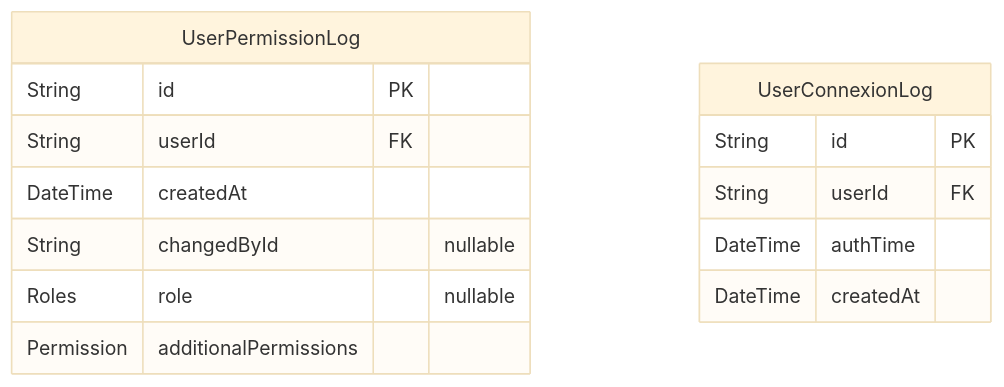
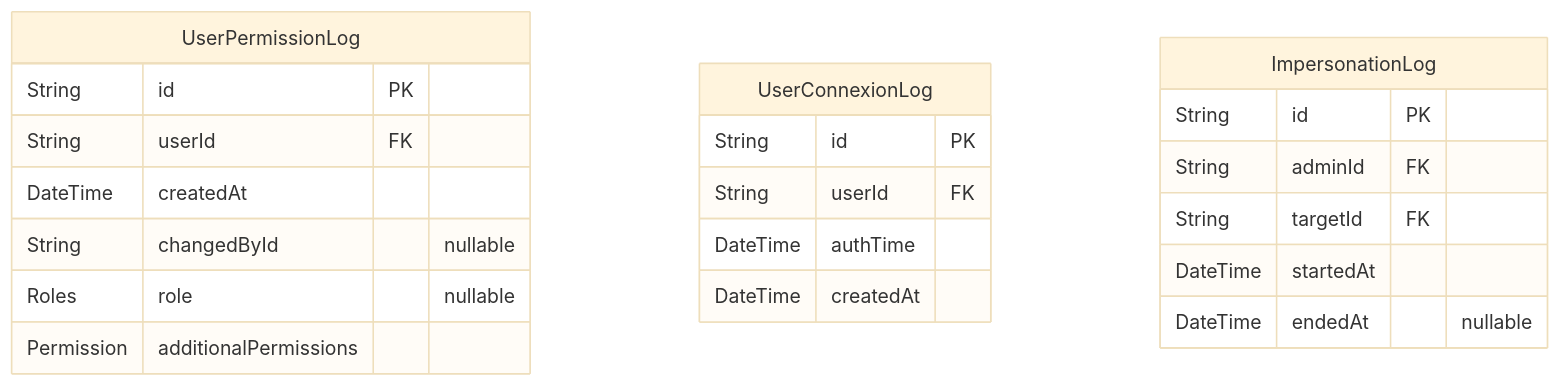
One commit to dnum-mi/referentiel-applications changed diagram 13 of 13 in backend/prisma/docs/schema.md. Above: the diagram before and after it, drawn with Mermaid (base theme). The commit also changed other lines of this file, not shown here.

Commit message:
feat: add MditCampaign and ImpersonationLog models to schema

````diff
--- a/backend/prisma/docs/schema.md
+++ b/backend/prisma/docs/schema.md
@@ -1003,17 +1003,24 @@
 ```mermaid
 erDiagram
 "UserPermissionLog" {
   String id PK
   String userId FK
   DateTime createdAt
   String changedById "nullable"
   Roles role "nullable"
   Permission additionalPermissions
 }
 "UserConnexionLog" {
   String id PK
   String userId FK
   DateTime authTime
   DateTime createdAt
 }
+"ImpersonationLog" {
+  String id PK
+  String adminId FK
+  String targetId FK
+  DateTime startedAt
+  DateTime endedAt "nullable"
+}
 ```
````
